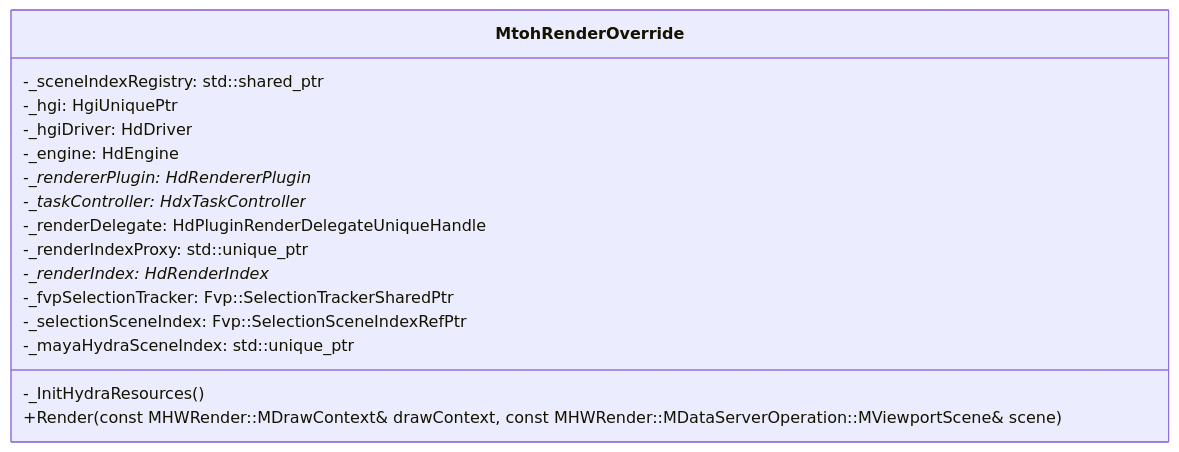
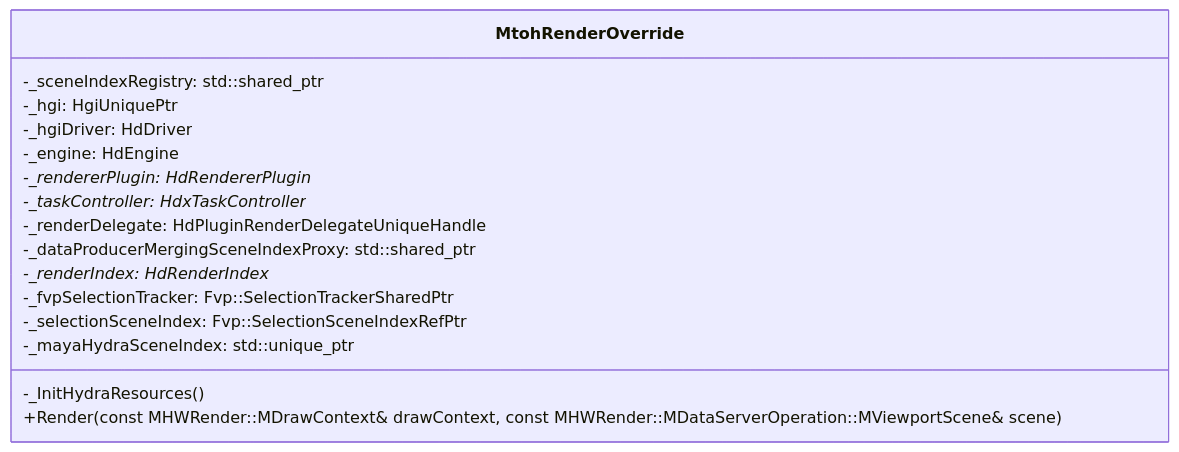
The third of 5 diagrams in doc/mayaHydraDetails.md (Autodesk/maya-hydra), drawn with Mermaid before and after one commit. The commit also changed 21 other files, not shown here.

````diff
--- a/doc/mayaHydraDetails.md
+++ b/doc/mayaHydraDetails.md
@@ -78,20 +78,20 @@
 ```mermaid
 classDiagram
 
   class MtohRenderOverride {
     -_InitHydraResources()
     -_sceneIndexRegistry: std::shared_ptr<MayaHydraSceneIndexRegistry>
     -_hgi: HgiUniquePtr
     -_hgiDriver: HdDriver
     -_engine: HdEngine
     -_rendererPlugin: HdRendererPlugin*
     -_taskController: HdxTaskController*
     -_renderDelegate: HdPluginRenderDelegateUniqueHandle
-    -_renderIndexProxy: std::unique_ptr<Fvp::RenderIndexProxy>
+    -_dataProducerMergingSceneIndexProxy: std::shared_ptr<Fvp::DataProducerMergingSceneIndexProxy>
     -_renderIndex: HdRenderIndex*
     -_fvpSelectionTracker: Fvp::SelectionTrackerSharedPtr
     -_selectionSceneIndex: Fvp::SelectionSceneIndexRefPtr
     -_mayaHydraSceneIndex: std::unique_ptr<MayaHydraSceneIndex>
     +Render(const MHWRender::MDrawContext& drawContext, const MHWRender::MDataServerOperation::MViewportScene& scene)
   }
 ```
````
